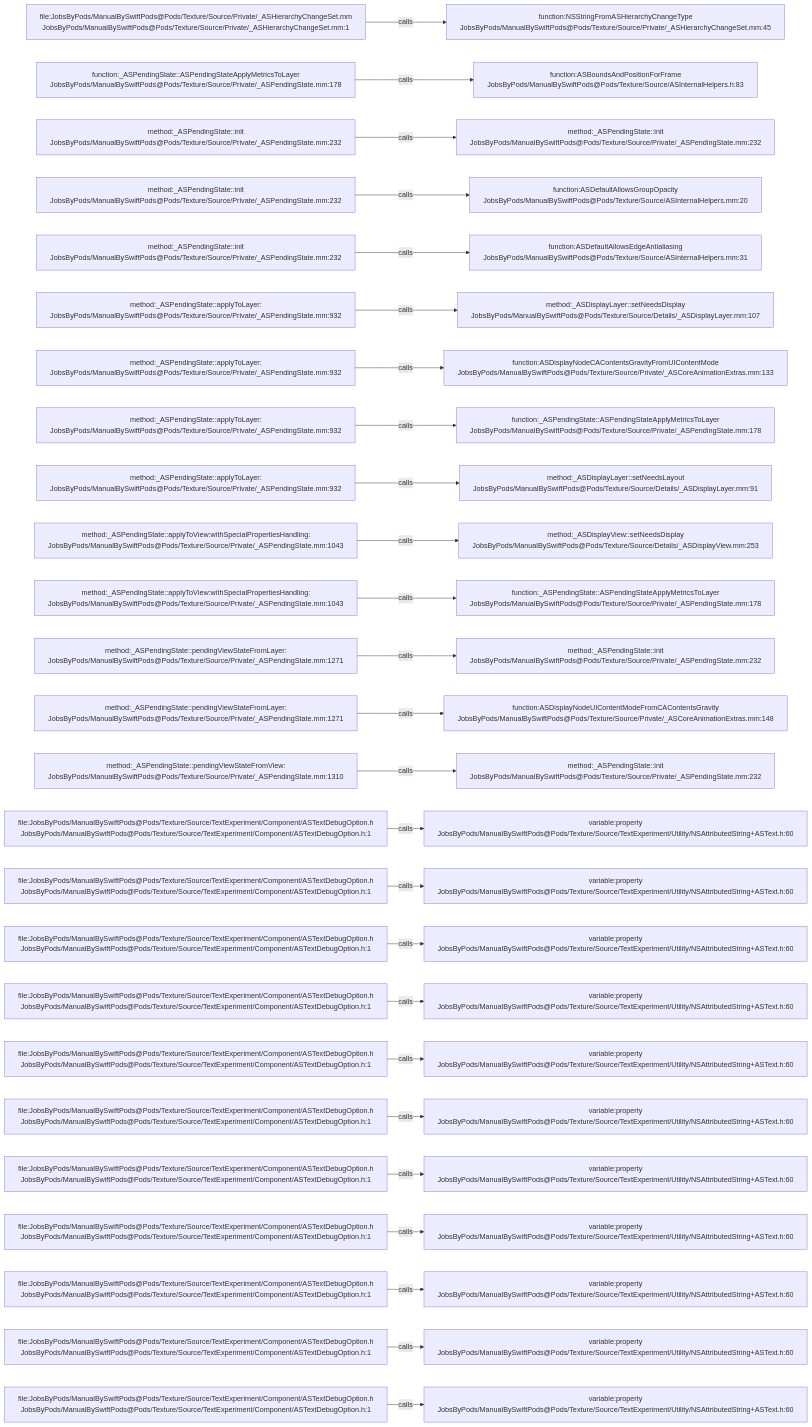
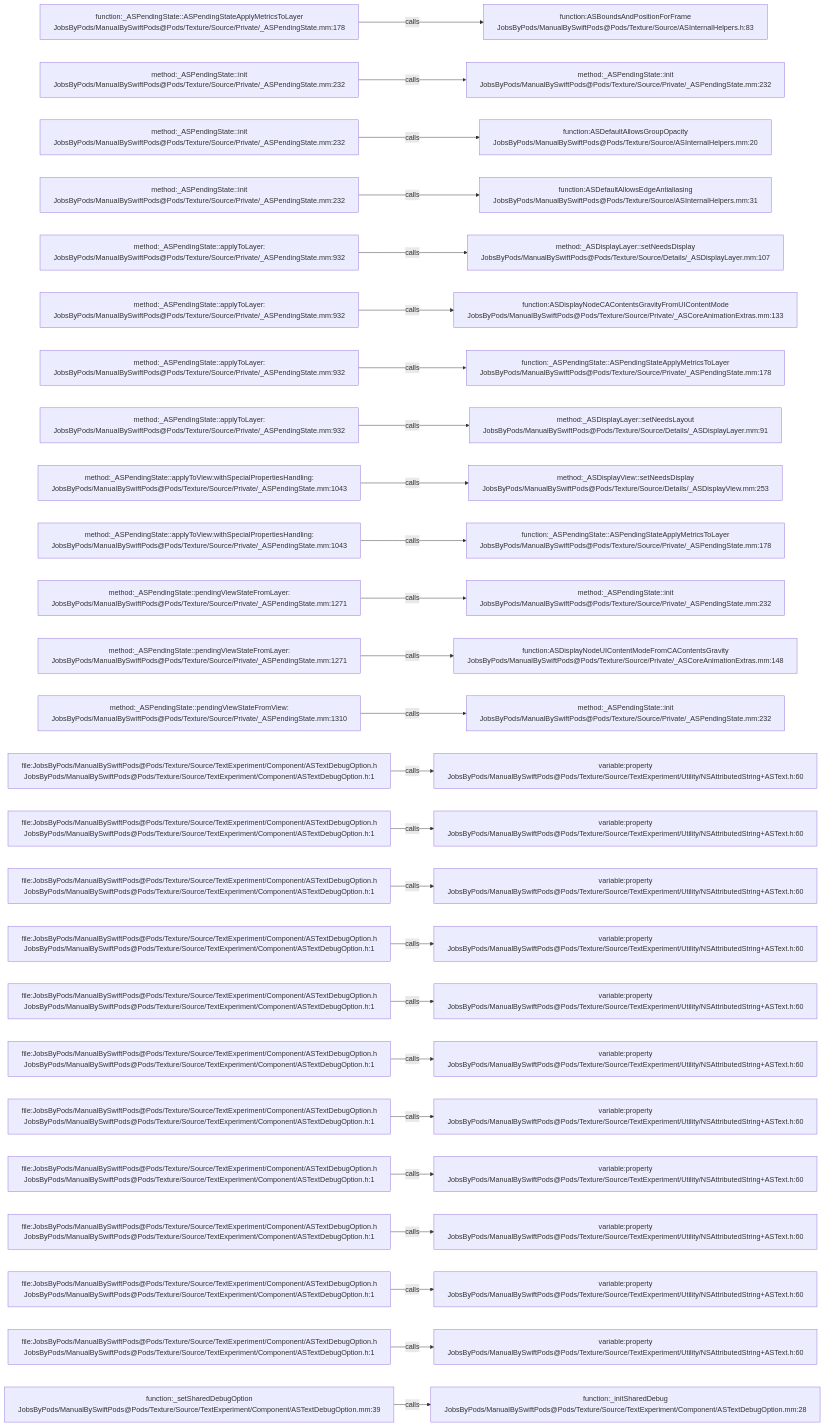
Before and after one commit to JobsKits/JobsSwiftBaseConfigDemo: the diagram in .codegraph/codegraph.md/graphs/calls-130.md, drawn with Mermaid. The commit also changed 747 other files, not shown here.

````diff
--- a/.codegraph/codegraph.md/graphs/calls-130.md
+++ b/.codegraph/codegraph.md/graphs/calls-130.md
@@ -13,78 +13,78 @@
 ```mermaid
 flowchart LR
-  S1["file:JobsByPods/ManualBySwiftPods@Pods/Texture/Source/Private/_ASHierarchyChangeSet.mm<br/>JobsByPods/ManualBySwiftPods@Pods/Texture/Source/Private/_ASHierarchyChangeSet.mm:1"]
-  T1["function:NSStringFromASHierarchyChangeType<br/>JobsByPods/ManualBySwiftPods@Pods/Texture/Source/Private/_ASHierarchyChangeSet.mm:45"]
+  S1["function:_ASPendingState::ASPendingStateApplyMetricsToLayer<br/>JobsByPods/ManualBySwiftPods@Pods/Texture/Source/Private/_ASPendingState.mm:178"]
+  T1["function:ASBoundsAndPositionForFrame<br/>JobsByPods/ManualBySwiftPods@Pods/Texture/Source/ASInternalHelpers.h:83"]
   S1 -->|calls| T1
-  S2["function:_ASPendingState::ASPendingStateApplyMetricsToLayer<br/>JobsByPods/ManualBySwiftPods@Pods/Texture/Source/Private/_ASPendingState.mm:178"]
-  T2["function:ASBoundsAndPositionForFrame<br/>JobsByPods/ManualBySwiftPods@Pods/Texture/Source/ASInternalHelpers.h:83"]
+  S2["method:_ASPendingState::init<br/>JobsByPods/ManualBySwiftPods@Pods/Texture/Source/Private/_ASPendingState.mm:232"]
+  T2["method:_ASPendingState::init<br/>JobsByPods/ManualBySwiftPods@Pods/Texture/Source/Private/_ASPendingState.mm:232"]
   S2 -->|calls| T2
   S3["method:_ASPendingState::init<br/>JobsByPods/ManualBySwiftPods@Pods/Texture/Source/Private/_ASPendingState.mm:232"]
-  T3["method:_ASPendingState::init<br/>JobsByPods/ManualBySwiftPods@Pods/Texture/Source/Private/_ASPendingState.mm:232"]
+  T3["function:ASDefaultAllowsGroupOpacity<br/>JobsByPods/ManualBySwiftPods@Pods/Texture/Source/ASInternalHelpers.mm:20"]
   S3 -->|calls| T3
   S4["method:_ASPendingState::init<br/>JobsByPods/ManualBySwiftPods@Pods/Texture/Source/Private/_ASPendingState.mm:232"]
-  T4["function:ASDefaultAllowsGroupOpacity<br/>JobsByPods/ManualBySwiftPods@Pods/Texture/Source/ASInternalHelpers.mm:20"]
+  T4["function:ASDefaultAllowsEdgeAntialiasing<br/>JobsByPods/ManualBySwiftPods@Pods/Texture/Source/ASInternalHelpers.mm:31"]
   S4 -->|calls| T4
-  S5["method:_ASPendingState::init<br/>JobsByPods/ManualBySwiftPods@Pods/Texture/Source/Private/_ASPendingState.mm:232"]
-  T5["function:ASDefaultAllowsEdgeAntialiasing<br/>JobsByPods/ManualBySwiftPods@Pods/Texture/Source/ASInternalHelpers.mm:31"]
+  S5["method:_ASPendingState::applyToLayer:<br/>JobsByPods/ManualBySwiftPods@Pods/Texture/Source/Private/_ASPendingState.mm:932"]
+  T5["method:_ASDisplayLayer::setNeedsDisplay<br/>JobsByPods/ManualBySwiftPods@Pods/Texture/Source/Details/_ASDisplayLayer.mm:107"]
   S5 -->|calls| T5
   S6["method:_ASPendingState::applyToLayer:<br/>JobsByPods/ManualBySwiftPods@Pods/Texture/Source/Private/_ASPendingState.mm:932"]
-  T6["method:_ASDisplayLayer::setNeedsDisplay<br/>JobsByPods/ManualBySwiftPods@Pods/Texture/Source/Details/_ASDisplayLayer.mm:107"]
+  T6["function:ASDisplayNodeCAContentsGravityFromUIContentMode<br/>JobsByPods/ManualBySwiftPods@Pods/Texture/Source/Private/_ASCoreAnimationExtras.mm:133"]
   S6 -->|calls| T6
   S7["method:_ASPendingState::applyToLayer:<br/>JobsByPods/ManualBySwiftPods@Pods/Texture/Source/Private/_ASPendingState.mm:932"]
-  T7["function:ASDisplayNodeCAContentsGravityFromUIContentMode<br/>JobsByPods/ManualBySwiftPods@Pods/Texture/Source/Private/_ASCoreAnimationExtras.mm:133"]
+  T7["function:_ASPendingState::ASPendingStateApplyMetricsToLayer<br/>JobsByPods/ManualBySwiftPods@Pods/Texture/Source/Private/_ASPendingState.mm:178"]
   S7 -->|calls| T7
   S8["method:_ASPendingState::applyToLayer:<br/>JobsByPods/ManualBySwiftPods@Pods/Texture/Source/Private/_ASPendingState.mm:932"]
-  T8["function:_ASPendingState::ASPendingStateApplyMetricsToLayer<br/>JobsByPods/ManualBySwiftPods@Pods/Texture/Source/Private/_ASPendingState.mm:178"]
+  T8["method:_ASDisplayLayer::setNeedsLayout<br/>JobsByPods/ManualBySwiftPods@Pods/Texture/Source/Details/_ASDisplayLayer.mm:91"]
   S8 -->|calls| T8
-  S9["method:_ASPendingState::applyToLayer:<br/>JobsByPods/ManualBySwiftPods@Pods/Texture/Source/Private/_ASPendingState.mm:932"]
-  T9["method:_ASDisplayLayer::setNeedsLayout<br/>JobsByPods/ManualBySwiftPods@Pods/Texture/Source/Details/_ASDisplayLayer.mm:91"]
+  S9["method:_ASPendingState::applyToView:withSpecialPropertiesHandling:<br/>JobsByPods/ManualBySwiftPods@Pods/Texture/Source/Private/_ASPendingState.mm:1043"]
+  T9["method:_ASDisplayView::setNeedsDisplay<br/>JobsByPods/ManualBySwiftPods@Pods/Texture/Source/Details/_ASDisplayView.mm:253"]
   S9 -->|calls| T9
   S10["method:_ASPendingState::applyToView:withSpecialPropertiesHandling:<br/>JobsByPods/ManualBySwiftPods@Pods/Texture/Source/Private/_ASPendingState.mm:1043"]
-  T10["method:_ASDisplayView::setNeedsDisplay<br/>JobsByPods/ManualBySwiftPods@Pods/Texture/Source/Details/_ASDisplayView.mm:253"]
+  T10["function:_ASPendingState::ASPendingStateApplyMetricsToLayer<br/>JobsByPods/ManualBySwiftPods@Pods/Texture/Source/Private/_ASPendingState.mm:178"]
   S10 -->|calls| T10
-  S11["method:_ASPendingState::applyToView:withSpecialPropertiesHandling:<br/>JobsByPods/ManualBySwiftPods@Pods/Texture/Source/Private/_ASPendingState.mm:1043"]
-  T11["function:_ASPendingState::ASPendingStateApplyMetricsToLayer<br/>JobsByPods/ManualBySwiftPods@Pods/Texture/Source/Private/_ASPendingState.mm:178"]
+  S11["method:_ASPendingState::pendingViewStateFromLayer:<br/>JobsByPods/ManualBySwiftPods@Pods/Texture/Source/Private/_ASPendingState.mm:1271"]
+  T11["method:_ASPendingState::init<br/>JobsByPods/ManualBySwiftPods@Pods/Texture/Source/Private/_ASPendingState.mm:232"]
   S11 -->|calls| T11
   S12["method:_ASPendingState::pendingViewStateFromLayer:<br/>JobsByPods/ManualBySwiftPods@Pods/Texture/Source/Private/_ASPendingState.mm:1271"]
-  T12["method:_ASPendingState::init<br/>JobsByPods/ManualBySwiftPods@Pods/Texture/Source/Private/_ASPendingState.mm:232"]
+  T12["function:ASDisplayNodeUIContentModeFromCAContentsGravity<br/>JobsByPods/ManualBySwiftPods@Pods/Texture/Source/Private/_ASCoreAnimationExtras.mm:148"]
   S12 -->|calls| T12
-  S13["method:_ASPendingState::pendingViewStateFromLayer:<br/>JobsByPods/ManualBySwiftPods@Pods/Texture/Source/Private/_ASPendingState.mm:1271"]
-  T13["function:ASDisplayNodeUIContentModeFromCAContentsGravity<br/>JobsByPods/ManualBySwiftPods@Pods/Texture/Source/Private/_ASCoreAnimationExtras.mm:148"]
+  S13["method:_ASPendingState::pendingViewStateFromView:<br/>JobsByPods/ManualBySwiftPods@Pods/Texture/Source/Private/_ASPendingState.mm:1310"]
+  T13["method:_ASPendingState::init<br/>JobsByPods/ManualBySwiftPods@Pods/Texture/Source/Private/_ASPendingState.mm:232"]
   S13 -->|calls| T13
-  S14["method:_ASPendingState::pendingViewStateFromView:<br/>JobsByPods/ManualBySwiftPods@Pods/Texture/Source/Private/_ASPendingState.mm:1310"]
-  T14["method:_ASPendingState::init<br/>JobsByPods/ManualBySwiftPods@Pods/Texture/Source/Private/_ASPendingState.mm:232"]
+  S14["file:JobsByPods/ManualBySwiftPods@Pods/Texture/Source/TextExperiment/Component/ASTextDebugOption.h<br/>JobsByPods/ManualBySwiftPods@Pods/Texture/Source/TextExperiment/Component/ASTextDebugOption.h:1"]
+  T14["variable:property<br/>JobsByPods/ManualBySwiftPods@Pods/Texture/Source/TextExperiment/Utility/NSAttributedString+ASText.h:60"]
   S14 -->|calls| T14
   S15["file:JobsByPods/ManualBySwiftPods@Pods/Texture/Source/TextExperiment/Component/ASTextDebugOption.h<br/>JobsByPods/ManualBySwiftPods@Pods/Texture/Source/TextExperiment/Component/ASTextDebugOption.h:1"]
   T15["variable:property<br/>JobsByPods/ManualBySwiftPods@Pods/Texture/Source/TextExperiment/Utility/NSAttributedString+ASText.h:60"]
   S15 -->|calls| T15
   S16["file:JobsByPods/ManualBySwiftPods@Pods/Texture/Source/TextExperiment/Component/ASTextDebugOption.h<br/>JobsByPods/ManualBySwiftPods@Pods/Texture/Source/TextExperiment/Component/ASTextDebugOption.h:1"]
   T16["variable:property<br/>JobsByPods/ManualBySwiftPods@Pods/Texture/Source/TextExperiment/Utility/NSAttributedString+ASText.h:60"]
   S16 -->|calls| T16
   S17["file:JobsByPods/ManualBySwiftPods@Pods/Texture/Source/TextExperiment/Component/ASTextDebugOption.h<br/>JobsByPods/ManualBySwiftPods@Pods/Texture/Source/TextExperiment/Component/ASTextDebugOption.h:1"]
   T17["variable:property<br/>JobsByPods/ManualBySwiftPods@Pods/Texture/Source/TextExperiment/Utility/NSAttributedString+ASText.h:60"]
   S17 -->|calls| T17
   S18["file:JobsByPods/ManualBySwiftPods@Pods/Texture/Source/TextExperiment/Component/ASTextDebugOption.h<br/>JobsByPods/ManualBySwiftPods@Pods/Texture/Source/TextExperiment/Component/ASTextDebugOption.h:1"]
   T18["variable:property<br/>JobsByPods/ManualBySwiftPods@Pods/Texture/Source/TextExperiment/Utility/NSAttributedString+ASText.h:60"]
   S18 -->|calls| T18
   S19["file:JobsByPods/ManualBySwiftPods@Pods/Texture/Source/TextExperiment/Component/ASTextDebugOption.h<br/>JobsByPods/ManualBySwiftPods@Pods/Texture/Source/TextExperiment/Component/ASTextDebugOption.h:1"]
   T19["variable:property<br/>JobsByPods/ManualBySwiftPods@Pods/Texture/Source/TextExperiment/Utility/NSAttributedString+ASText.h:60"]
   S19 -->|calls| T19
   S20["file:JobsByPods/ManualBySwiftPods@Pods/Texture/Source/TextExperiment/Component/ASTextDebugOption.h<br/>JobsByPods/ManualBySwiftPods@Pods/Texture/Source/TextExperiment/Component/ASTextDebugOption.h:1"]
   T20["variable:property<br/>JobsByPods/ManualBySwiftPods@Pods/Texture/Source/TextExperiment/Utility/NSAttributedString+ASText.h:60"]
   S20 -->|calls| T20
   S21["file:JobsByPods/ManualBySwiftPods@Pods/Texture/Source/TextExperiment/Component/ASTextDebugOption.h<br/>JobsByPods/ManualBySwiftPods@Pods/Texture/Source/TextExperiment/Component/ASTextDebugOption.h:1"]
   T21["variable:property<br/>JobsByPods/ManualBySwiftPods@Pods/Texture/Source/TextExperiment/Utility/NSAttributedString+ASText.h:60"]
   S21 -->|calls| T21
   S22["file:JobsByPods/ManualBySwiftPods@Pods/Texture/Source/TextExperiment/Component/ASTextDebugOption.h<br/>JobsByPods/ManualBySwiftPods@Pods/Texture/Source/TextExperiment/Component/ASTextDebugOption.h:1"]
   T22["variable:property<br/>JobsByPods/ManualBySwiftPods@Pods/Texture/Source/TextExperiment/Utility/NSAttributedString+ASText.h:60"]
   S22 -->|calls| T22
   S23["file:JobsByPods/ManualBySwiftPods@Pods/Texture/Source/TextExperiment/Component/ASTextDebugOption.h<br/>JobsByPods/ManualBySwiftPods@Pods/Texture/Source/TextExperiment/Component/ASTextDebugOption.h:1"]
   T23["variable:property<br/>JobsByPods/ManualBySwiftPods@Pods/Texture/Source/TextExperiment/Utility/NSAttributedString+ASText.h:60"]
   S23 -->|calls| T23
   S24["file:JobsByPods/ManualBySwiftPods@Pods/Texture/Source/TextExperiment/Component/ASTextDebugOption.h<br/>JobsByPods/ManualBySwiftPods@Pods/Texture/Source/TextExperiment/Component/ASTextDebugOption.h:1"]
   T24["variable:property<br/>JobsByPods/ManualBySwiftPods@Pods/Texture/Source/TextExperiment/Utility/NSAttributedString+ASText.h:60"]
   S24 -->|calls| T24
-  S25["file:JobsByPods/ManualBySwiftPods@Pods/Texture/Source/TextExperiment/Component/ASTextDebugOption.h<br/>JobsByPods/ManualBySwiftPods@Pods/Texture/Source/TextExperiment/Component/ASTextDebugOption.h:1"]
-  T25["variable:property<br/>JobsByPods/ManualBySwiftPods@Pods/Texture/Source/TextExperiment/Utility/NSAttributedString+ASText.h:60"]
+  S25["function:_setSharedDebugOption<br/>JobsByPods/ManualBySwiftPods@Pods/Texture/Source/TextExperiment/Component/ASTextDebugOption.mm:39"]
+  T25["function:_initSharedDebug<br/>JobsByPods/ManualBySwiftPods@Pods/Texture/Source/TextExperiment/Component/ASTextDebugOption.mm:28"]
   S25 -->|calls| T25
 ```
````
